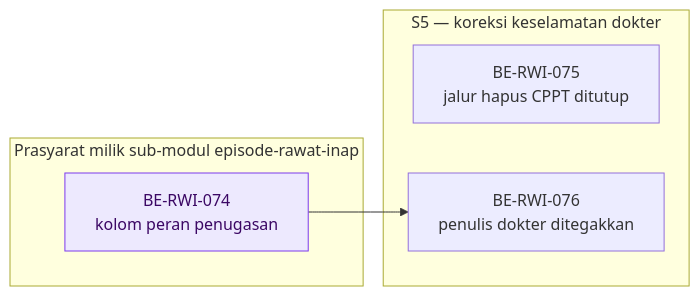
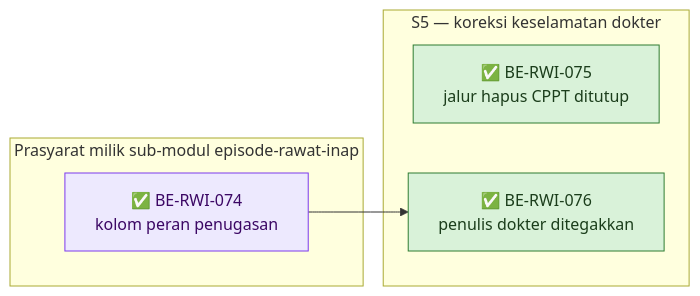
The second of 2 diagrams in docs/module-blueprints/rawat-inap/dokter-rawat-inap/roadmap/backend-roadmap.md (DevBenari/NewQuilvianSystemBackend), drawn with Mermaid before and after one commit. The commit also changed other lines of this file and 37 other files, not shown here.

````diff
--- a/docs/module-blueprints/rawat-inap/dokter-rawat-inap/roadmap/backend-roadmap.md
+++ b/docs/module-blueprints/rawat-inap/dokter-rawat-inap/roadmap/backend-roadmap.md
@@ -783,16 +783,18 @@
 ```mermaid
 flowchart LR
     classDef terblokir fill:#FEE2E2,stroke:#DC2626,color:#7F1D1D
     classDef luar fill:#EDE9FE,stroke:#7C3AED,color:#3B0764
+    classDef selesai fill:#d9f2d9,stroke:#2e7d32,color:#1b3d1b
+    classDef sebagian fill:#fdebd0,stroke:#c47f17,color:#4a3800
 
     subgraph lain["Prasyarat milik sub-modul episode-rawat-inap"]
-        BE074["BE-RWI-074<br/>kolom peran penugasan"]:::luar
+        BE074["✅ BE-RWI-074<br/>kolom peran penugasan"]:::luar
     end
 
     subgraph s5["S5 — koreksi keselamatan dokter"]
-        BE075["BE-RWI-075<br/>jalur hapus CPPT ditutup"]:::belum
-        BE076["BE-RWI-076<br/>penulis dokter ditegakkan"]:::belum
+        BE075["✅ BE-RWI-075<br/>jalur hapus CPPT ditutup"]:::selesai
+        BE076["✅ BE-RWI-076<br/>penulis dokter ditegakkan"]:::selesai
     end
 
     BE074 --> BE076
 ```
````
